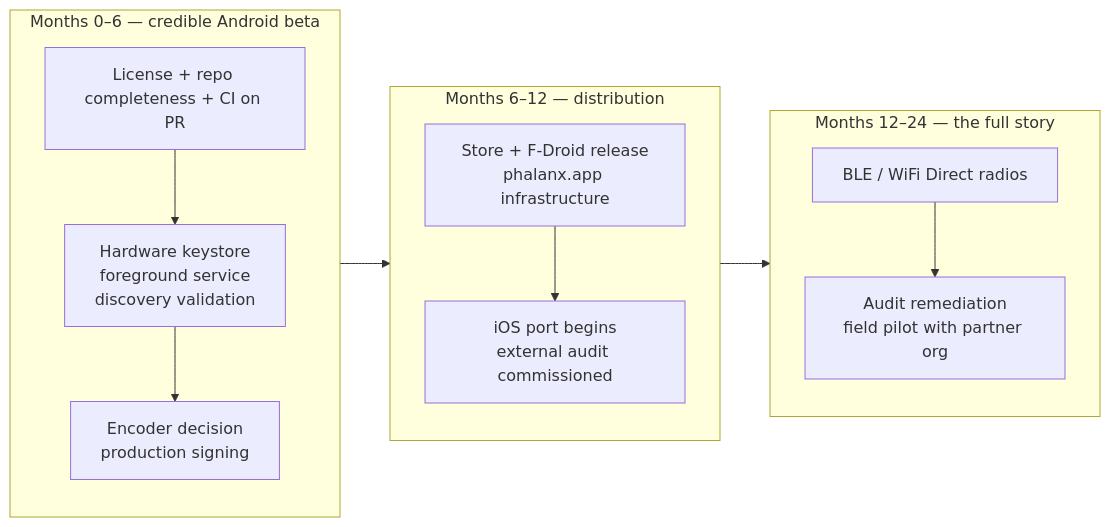
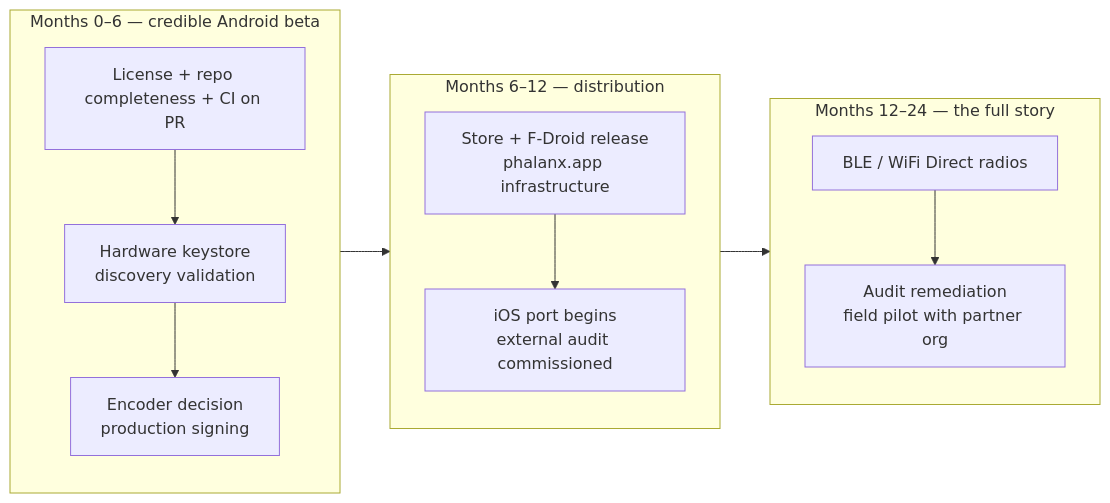
Before and after one commit to ultimatekarate/phalanx: the diagram in docs/stewardship.md, drawn with Mermaid. The commit also changed other lines of this file and 7 other files, not shown here.

Commit message:
get rid of foreground service; playback cannot happen in background

````diff
--- a/docs/stewardship.md
+++ b/docs/stewardship.md
@@ -250,14 +249,14 @@
 ```mermaid
 flowchart LR
     subgraph M6["Months 0–6 — credible Android beta"]
-        A[License + repo completeness + CI on PR] --> B[Hardware keystore<br/>foreground service<br/>discovery validation]
+        A[License + repo completeness + CI on PR] --> B[Hardware keystore<br/>discovery validation]
         B --> C[Encoder decision<br/>production signing]
     end
     subgraph M12["Months 6–12 — distribution"]
         D[Store + F-Droid release<br/>phalanx.app infrastructure] --> E[iOS port begins<br/>external audit commissioned]
     end
     subgraph M24["Months 12–24 — the full story"]
         F[BLE / WiFi Direct radios] --> G[Audit remediation<br/>field pilot with partner org]
     end
     M6 --> M12 --> M24
 ```
````
